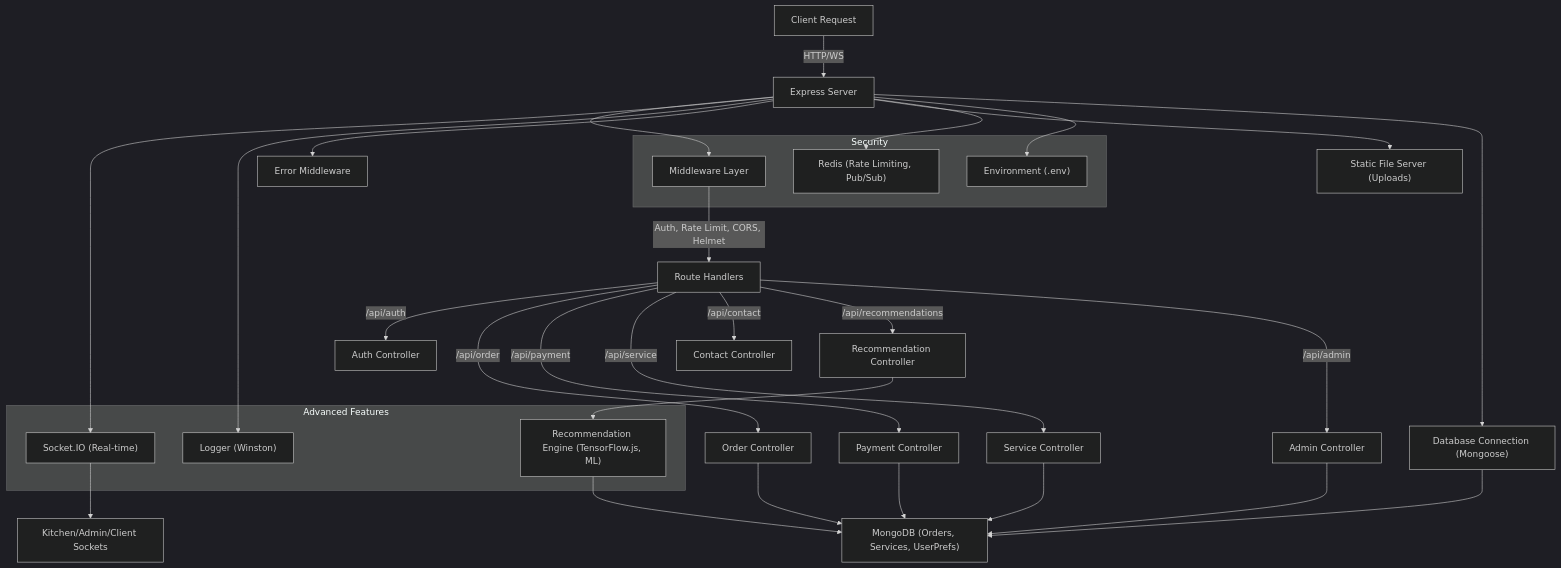
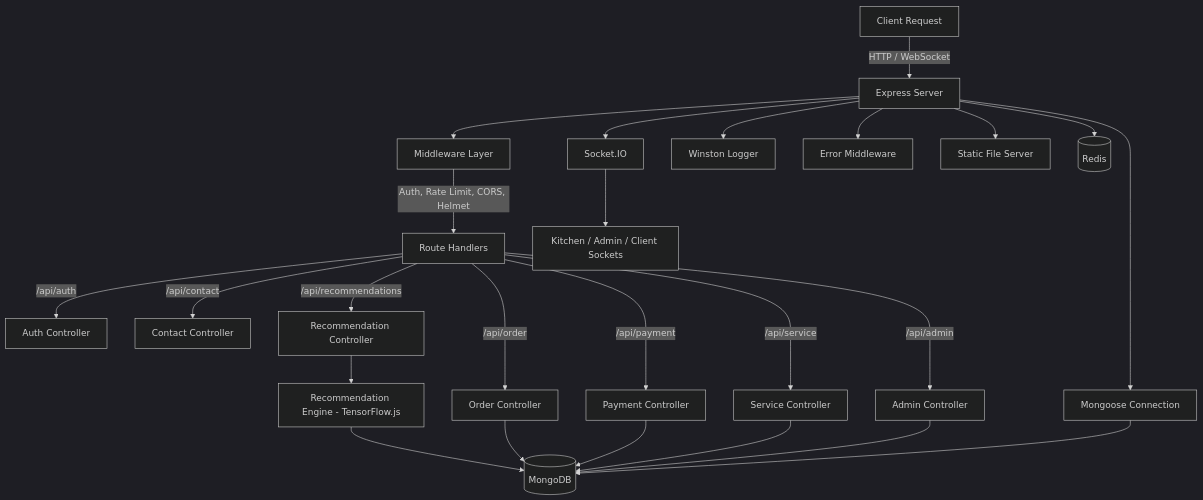
Before and after one commit to Atharvkote/ai-based-contactless-ordering: the first of 5 diagrams in server/README.md, drawn with Mermaid (dark theme). The commit also changed other lines of this file and 5 other files, not shown here.

First line of the commit message:
Refactor server documentation and API structure

````diff
--- a/server/README.md
+++ b/server/README.md
@@ -98,38 +27,31 @@
 ```mermaid
 flowchart TD
-    A["Client Request"] -->|"HTTP/WS"| B["Express Server"]
-    B --> C["Middleware Layer"]
-    C -->|"Auth, Rate Limit, CORS, Helmet"| D["Route Handlers"]
-    D -->|"/api/auth"| E["Auth Controller"]
-    D -->|"/api/order"| F["Order Controller"]
-    D -->|"/api/payment"| G["Payment Controller"]
-    D -->|"/api/service"| H["Service Controller"]
-    D -->|"/api/contact"| I["Contact Controller"]
-    D -->|"/api/recommendations"| J["Recommendation Controller"]
-    D -->|"/api/admin"| K["Admin Controller"]
-    J --> L["Recommendation Engine (TensorFlow.js, ML)"]
-    L --> M["MongoDB (Orders, Services, UserPrefs)"]
+    A[Client Request] -->|HTTP / WebSocket| B[Express Server]
+    B --> C[Middleware Layer]
+    C -->|Auth, Rate Limit, CORS, Helmet| D[Route Handlers]
+
+    D -->|/api/auth| E[Auth Controller]
+    D -->|/api/order| F[Order Controller]
+    D -->|/api/payment| G[Payment Controller]
+    D -->|/api/service| H[Service Controller]
+    D -->|/api/contact| I[Contact Controller]
+    D -->|/api/recommendations| J[Recommendation Controller]
+    D -->|/api/admin| K[Admin Controller]
+
+    J --> L[Recommendation Engine - TensorFlow.js]
+    L --> M[(MongoDB)]
     F --> M
     G --> M
     H --> M
     K --> M
-    B --> N["Socket.IO (Real-time)"]
-    N --> O["Kitchen/Admin/Client Sockets"]
-    B --> P["Logger (Winston)"]
-    B --> Q["Error Middleware"]
-    B --> R["Static File Server (Uploads)"]
-    B --> S["Redis (Rate Limiting, Pub/Sub)"]
-    B --> T["Environment (.env)"]
-    B --> U["Database Connection (Mongoose)"]
+
+    B --> N[Socket.IO]
+    N --> O[Kitchen / Admin / Client Sockets]
+
+    B --> P[Winston Logger]
+    B --> Q[Error Middleware]
+    B --> R[Static File Server]
+    B --> S[(Redis)]
+    B --> U[Mongoose Connection]
     U --> M
-    subgraph "Security"
-      C
-      S
-      T
-    end
-    subgraph "Advanced Features"
-      L
-      N
-      P
-    end
 ```
````
